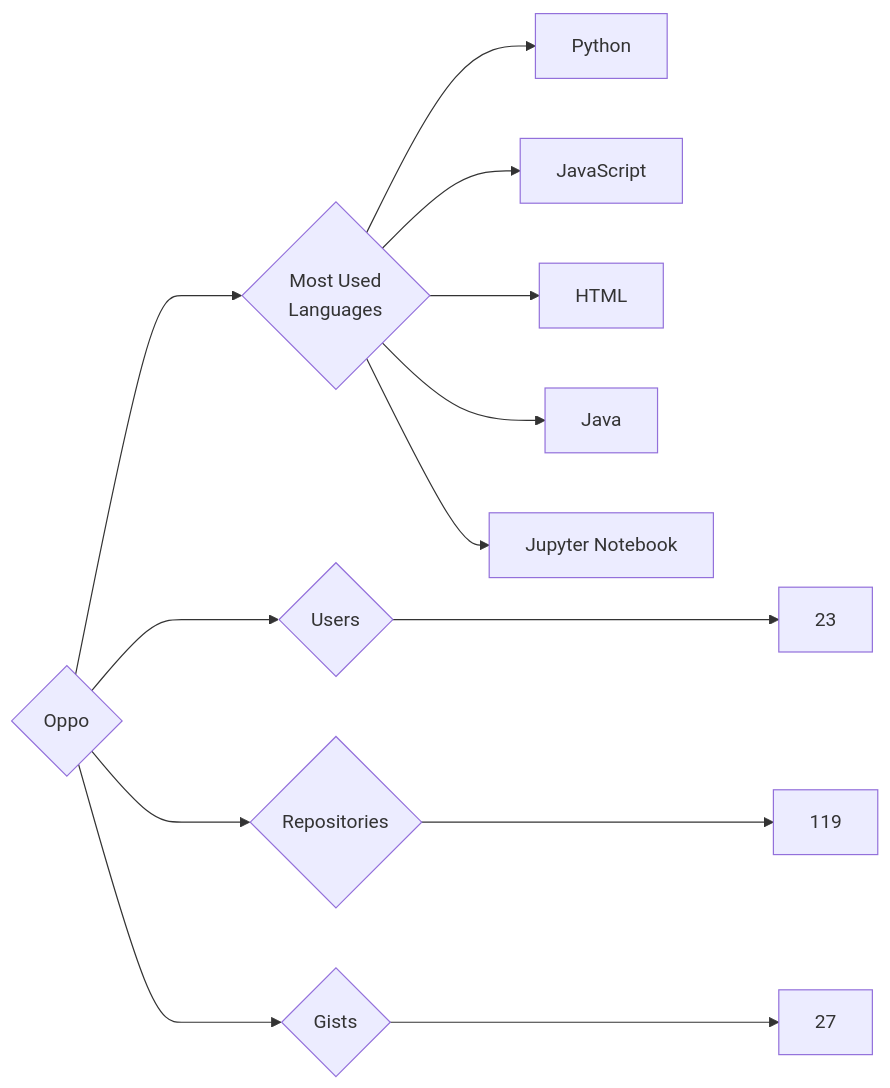
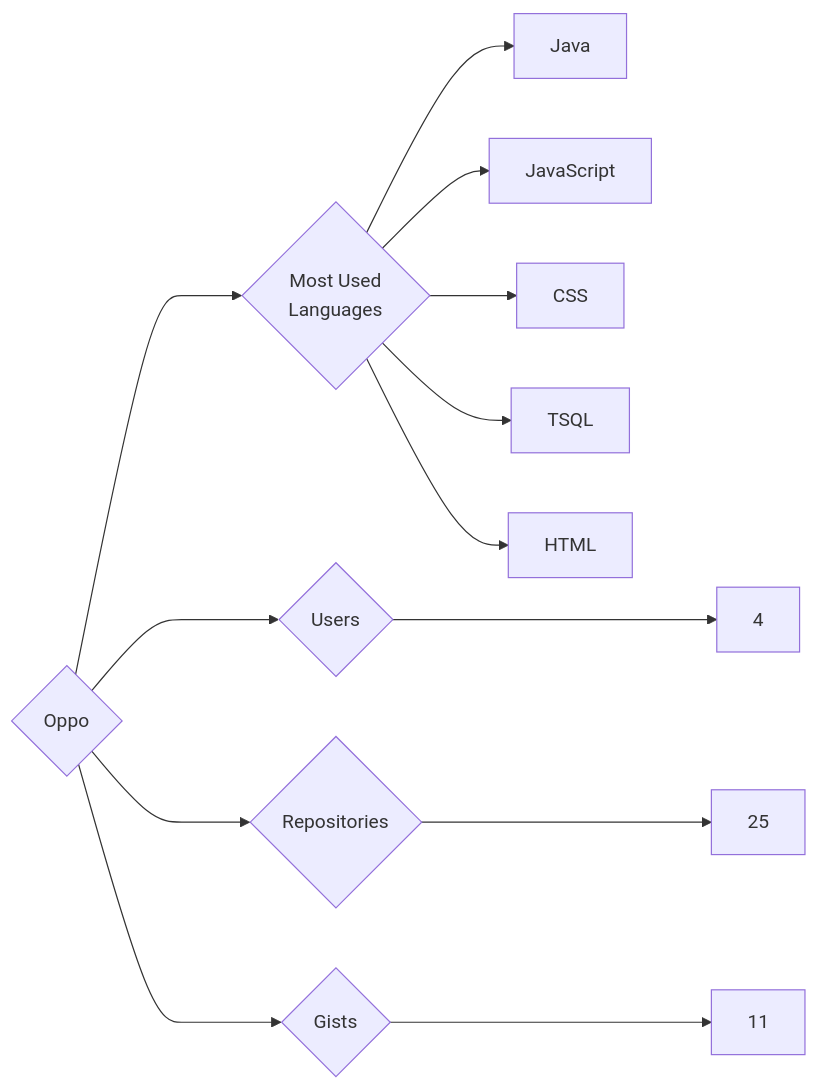
The diagram in targets/Oppo/README.md (trickest/insiders), drawn with Mermaid before and after one commit. The commit also changed 870 other files, not shown here.

````diff
--- a/targets/Oppo/README.md
+++ b/targets/Oppo/README.md
@@ -3,13 +3,13 @@
 ```mermaid
 graph LR
 COMPANY_NAME{Oppo}
-COMPANY_NAME ---> U{Users} ---> UN[23]
-COMPANY_NAME ---> R{Repositories} ---> RN[119]
-COMPANY_NAME ---> G{Gists} ---> GN[27]
+COMPANY_NAME ---> U{Users} ---> UN[4]
+COMPANY_NAME ---> R{Repositories} ---> RN[25]
+COMPANY_NAME ---> G{Gists} ---> GN[11]
 COMPANY_NAME ---> ML{Most Used<br>Languages}
-ML --> Python[Python]
+ML --> Java[Java]
 ML --> JavaScript[JavaScript]
+ML --> CSS[CSS]
+ML --> TSQL[TSQL]
 ML --> HTML[HTML]
-ML --> Java[Java]
-ML --> Jupyter_Notebook[Jupyter Notebook]
 ```
````
